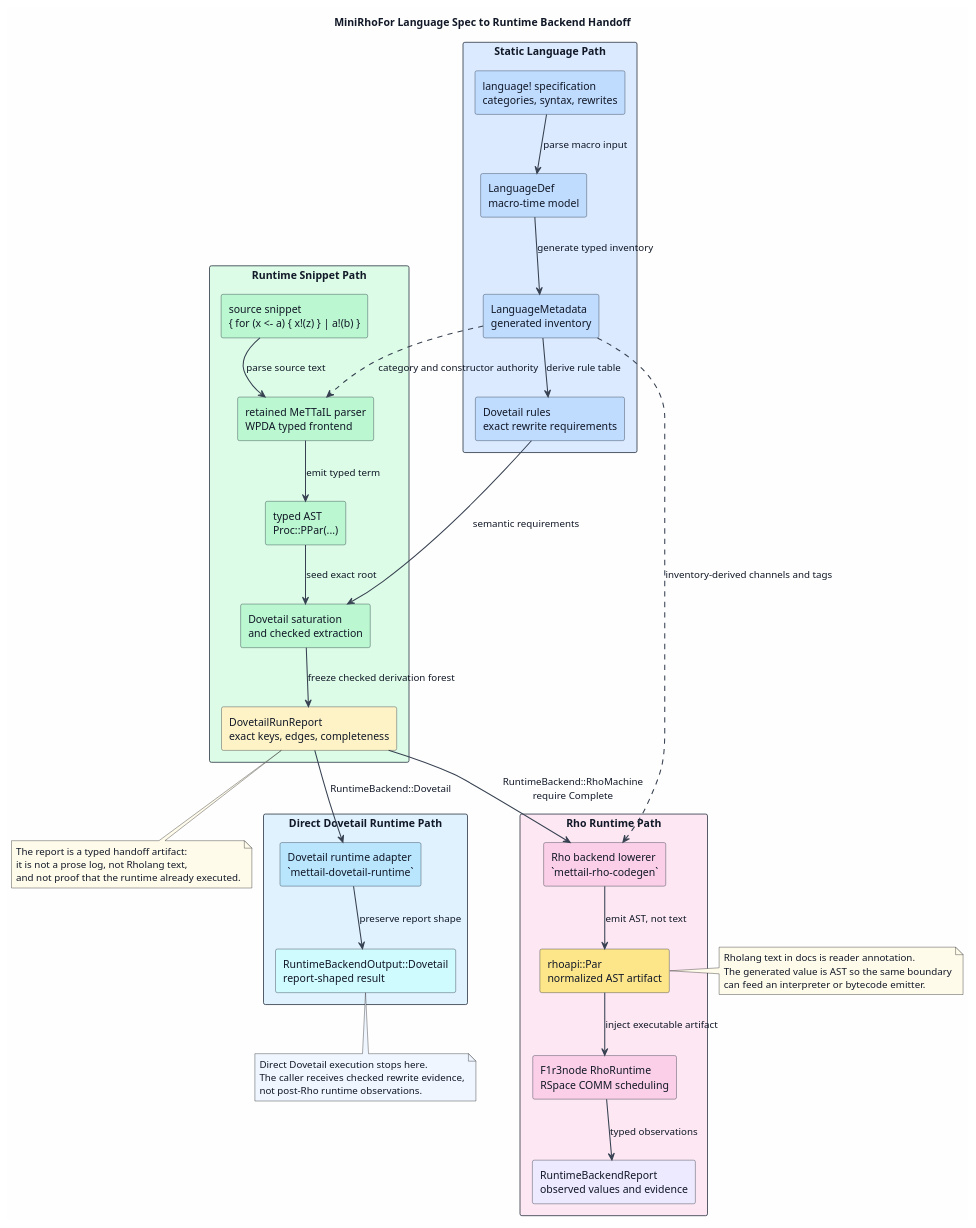
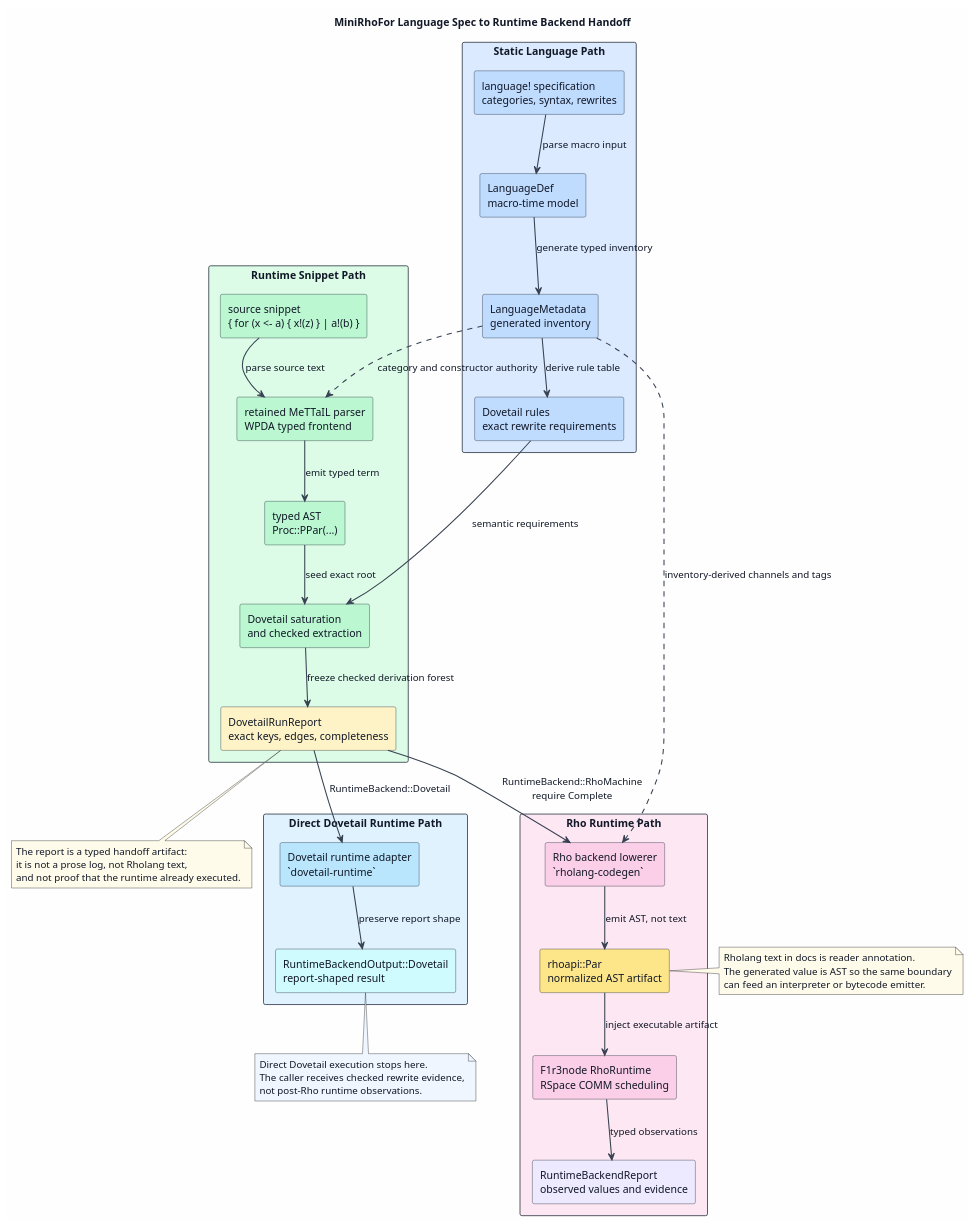
The diagram in docs/architecture/dovetail/figures/10-minirho-end-to-end.puml (F1R3FLY-io/mettail-rust), drawn with PlantUML before and after one commit. The commit also changed 188 other files, not shown here.

```diff
--- a/docs/architecture/dovetail/figures/10-minirho-end-to-end.puml
+++ b/docs/architecture/dovetail/figures/10-minirho-end-to-end.puml
@@ -1,79 +1,79 @@
 @startuml
 title MiniRhoFor Language Spec to Runtime Backend Handoff
 
 skinparam backgroundColor #FEFEFE
 skinparam shadowing false
 skinparam ArrowColor #374151
 skinparam ArrowThickness 1.4
 skinparam defaultFontColor #111827
 skinparam rectangle {
   BorderColor #1F2937
   FontColor #111827
 }
 
 rectangle "Static Language Path" as StaticPath #DBEAFE {
   rectangle "language! specification\ncategories, syntax, rewrites" as Spec #BFDBFE
   rectangle "LanguageDef\nmacro-time model" as LangDef #BFDBFE
   rectangle "LanguageMetadata\ngenerated inventory" as Metadata #BFDBFE
   rectangle "Dovetail rules\nexact rewrite requirements" as Rules #BFDBFE
 }
 
 rectangle "Runtime Snippet Path" as RuntimePath #DCFCE7 {
   rectangle "source snippet\n{ for (x <- a) { x!(z) } | a!(b) }" as Source #BBF7D0
   rectangle "retained MeTTaIL parser\nWPDA typed frontend" as Parser #BBF7D0
   rectangle "typed AST\nProc::PPar(...)" as TypedAst #BBF7D0
   rectangle "Dovetail saturation\nand checked extraction" as Dovetail #BBF7D0
   rectangle "DovetailRunReport\nexact keys, edges, completeness" as Report #FEF3C7
 }
 
 rectangle "Direct Dovetail Runtime Path" as DirectPath #E0F2FE {
-  rectangle "Dovetail runtime adapter\n`mettail-dovetail-runtime`" as DirectAdapter #BAE6FD
+  rectangle "Dovetail runtime adapter\n`dovetail-runtime`" as DirectAdapter #BAE6FD
   rectangle "RuntimeBackendOutput::Dovetail\nreport-shaped result" as DirectOutput #CFFAFE
 }
 
 rectangle "Rho Runtime Path" as RhoPath #FCE7F3 {
-  rectangle "Rho backend lowerer\n`mettail-rho-codegen`" as Lowerer #FBCFE8
+  rectangle "Rho backend lowerer\n`rholang-codegen`" as Lowerer #FBCFE8
   rectangle "rhoapi::Par\nnormalized AST artifact" as Par #FDE68A
   rectangle "F1r3node RhoRuntime\nRSpace COMM scheduling" as Runtime #FBCFE8
   rectangle "RuntimeBackendReport\nobserved values and evidence" as RuntimeReport #EDE9FE
 }
 
 Spec --> LangDef : parse macro input
 LangDef --> Metadata : generate typed inventory
 Metadata --> Rules : derive rule table
 Rules --> Dovetail : semantic requirements
 
 Source --> Parser : parse source text
 Parser --> TypedAst : emit typed term
 TypedAst --> Dovetail : seed exact root
 Dovetail --> Report : freeze checked derivation forest
 
 Report --> DirectAdapter : RuntimeBackend::Dovetail
 DirectAdapter --> DirectOutput : preserve report shape
 
 Report --> Lowerer : RuntimeBackend::RhoMachine\nrequire Complete
 Lowerer --> Par : emit AST, not text
 Par --> Runtime : inject executable artifact
 Runtime --> RuntimeReport : typed observations
 
 Metadata ..> Parser : category and constructor authority
 Metadata ..> Lowerer : inventory-derived channels and tags
 
 note bottom of Report #FFFBEB
   The report is a typed handoff artifact:
   it is not a prose log, not Rholang text,
   and not proof that the runtime already executed.
 end note
 
 note bottom of DirectOutput #EFF6FF
   Direct Dovetail execution stops here.
   The caller receives checked rewrite evidence,
   not post-Rho runtime observations.
 end note
 
 note right of Par #FFFBEB
   Rholang text in docs is reader annotation.
   The generated value is AST so the same boundary
   can feed an interpreter or bytecode emitter.
 end note
 @enduml
```
